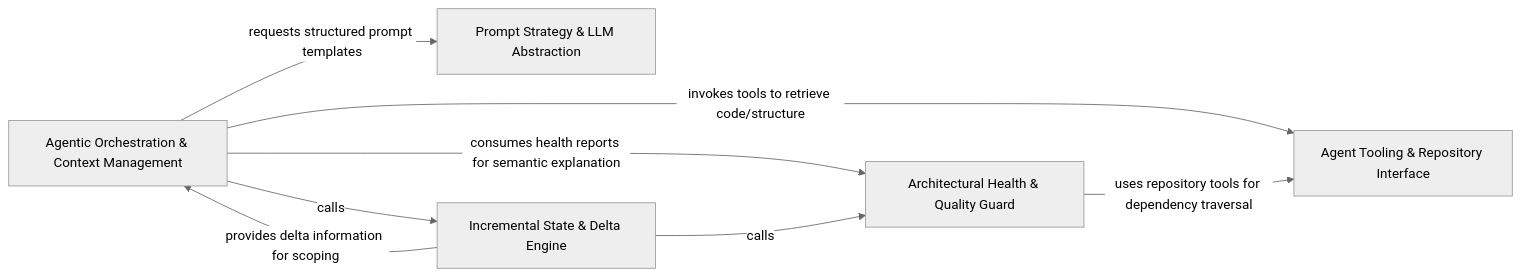
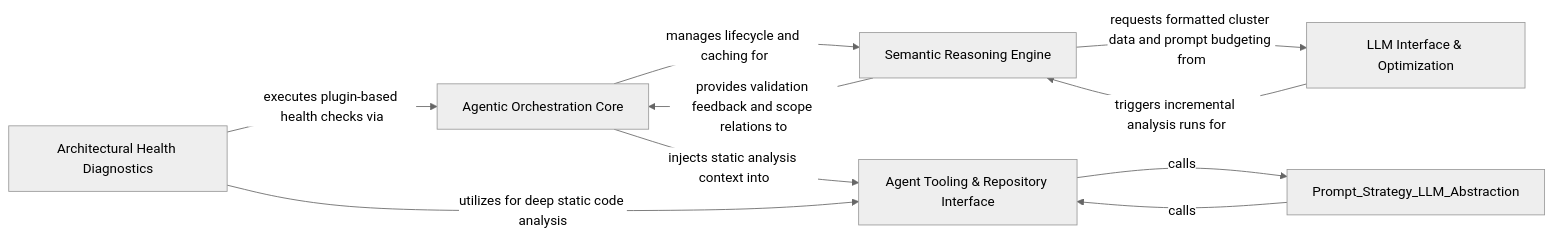
Before and after one commit to CodeBoarding/CodeBoarding: the diagram in .codeboarding/AI_Reasoning_Health.md, drawn with Mermaid (neutral theme). The commit also changed other lines of this file and 7 other files, not shown here.

Commit message:
chore(codeboarding): sync architecture baseline

````diff
--- a/.codeboarding/AI_Reasoning_Health.md
+++ b/.codeboarding/AI_Reasoning_Health.md
@@ -1,15 +1,17 @@
 ```mermaid
 graph LR
-    Agentic_Orchestration_Context_Management["Agentic Orchestration & Context Management"]
-    Prompt_Strategy_LLM_Abstraction["Prompt Strategy & LLM Abstraction"]
-    Architectural_Health_Quality_Guard["Architectural Health & Quality Guard"]
-    Incremental_State_Delta_Engine["Incremental State & Delta Engine"]
     Agent_Tooling_Repository_Interface["Agent Tooling & Repository Interface"]
-    Agentic_Orchestration_Context_Management -- "requests structured prompt templates" --> Prompt_Strategy_LLM_Abstraction
-    Agentic_Orchestration_Context_Management -- "invokes tools to retrieve code/structure" --> Agent_Tooling_Repository_Interface
-    Agentic_Orchestration_Context_Management -- "consumes health reports for semantic explanation" --> Architectural_Health_Quality_Guard
-    Incremental_State_Delta_Engine -- "provides delta information for scoping" --> Agentic_Orchestration_Context_Management
-    Architectural_Health_Quality_Guard -- "uses repository tools for dependency traversal" --> Agent_Tooling_Repository_Interface
-    Agentic_Orchestration_Context_Management -- "calls" --> Incremental_State_Delta_Engine
-    Incremental_State_Delta_Engine -- "calls" --> Architectural_Health_Quality_Guard
+    Agentic_Orchestration_Core["Agentic Orchestration Core"]
+    Semantic_Reasoning_Engine["Semantic Reasoning Engine"]
+    LLM_Interface_Optimization["LLM Interface & Optimization"]
+    Architectural_Health_Diagnostics["Architectural Health Diagnostics"]
+    Agentic_Orchestration_Core -- "manages lifecycle and caching for" --> Semantic_Reasoning_Engine
+    Agentic_Orchestration_Core -- "injects static analysis context into" --> Agent_Tooling_Repository_Interface
+    Semantic_Reasoning_Engine -- "provides validation feedback and scope relations to" --> Agentic_Orchestration_Core
+    Semantic_Reasoning_Engine -- "requests formatted cluster data and prompt budgeting from" --> LLM_Interface_Optimization
+    LLM_Interface_Optimization -- "triggers incremental analysis runs for" --> Semantic_Reasoning_Engine
+    Architectural_Health_Diagnostics -- "executes plugin-based health checks via" --> Agentic_Orchestration_Core
+    Architectural_Health_Diagnostics -- "utilizes for deep static code analysis" --> Agent_Tooling_Repository_Interface
+    Prompt_Strategy_LLM_Abstraction -- "calls" --> Agent_Tooling_Repository_Interface
+    Agent_Tooling_Repository_Interface -- "calls" --> Prompt_Strategy_LLM_Abstraction
 ```
````
